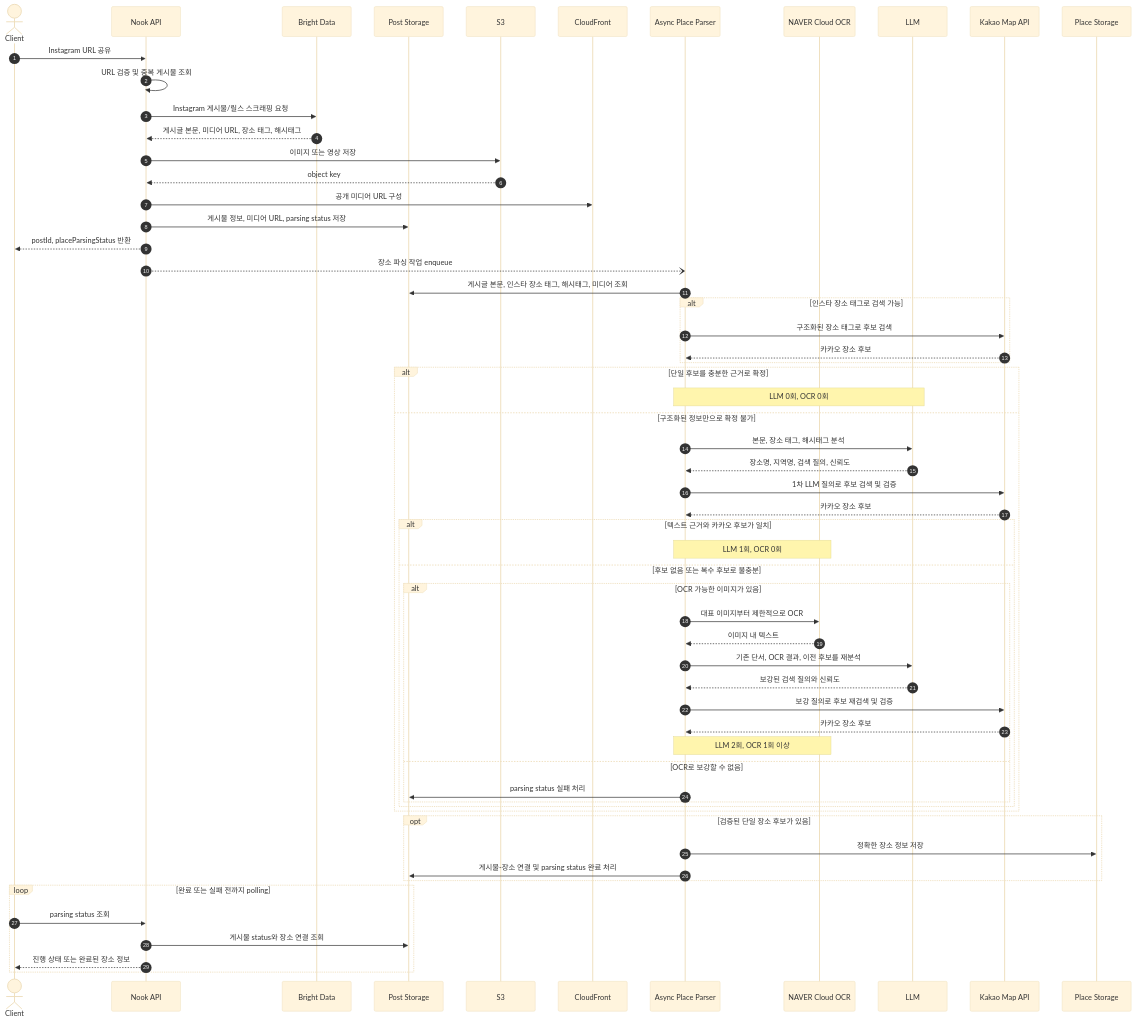
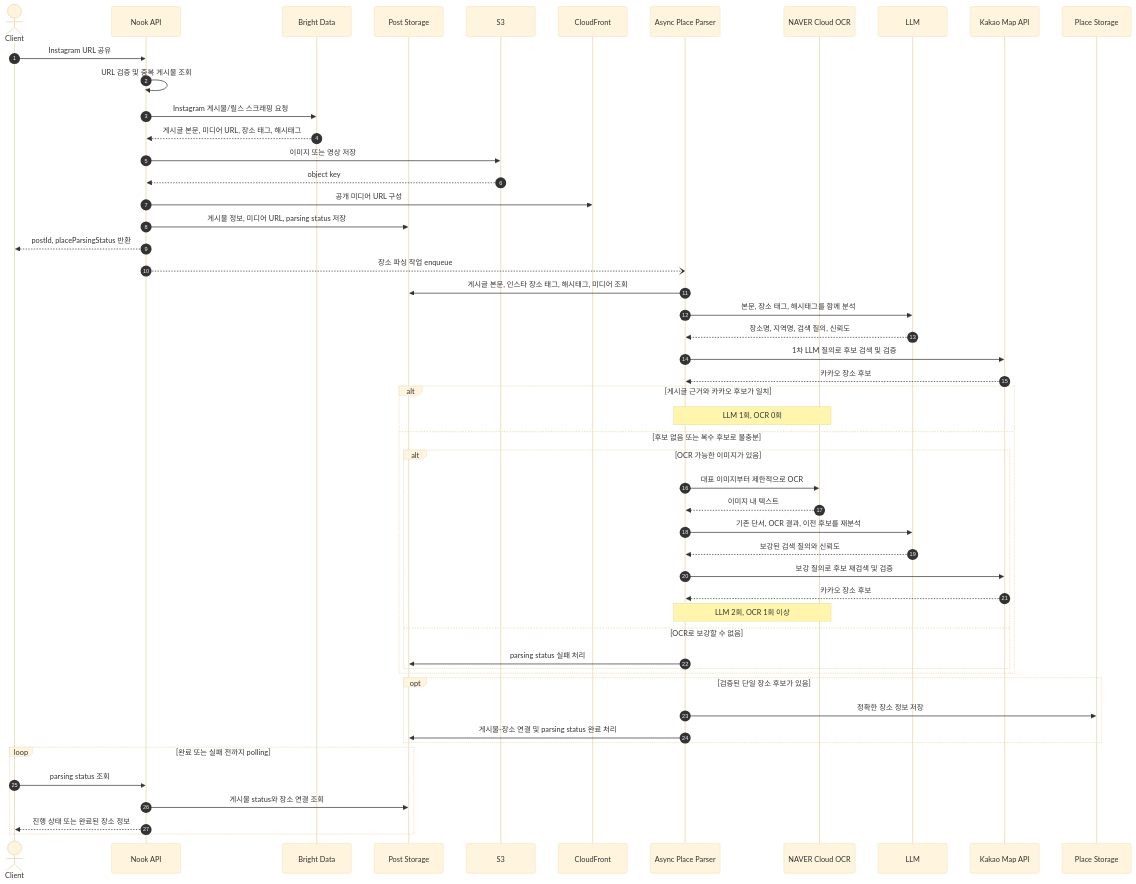
Before and after one commit to Nexters/nook-server: the diagram in docs/tasks/NOOK-17/README.md, drawn with Mermaid (base theme). The commit also changed other lines of this file, not shown here.

Commit message:
[NOOK-17] 장소 태그와 게시글 교차검증 반영

````diff
--- a/docs/tasks/NOOK-17/README.md
+++ b/docs/tasks/NOOK-17/README.md
@@ -31,68 +31,59 @@
 ```mermaid
 sequenceDiagram
     autonumber
     actor Client
     participant API as Nook API
     participant BrightData as Bright Data
     participant PostStore as Post Storage
     participant ObjectStore as S3
     participant CDN as CloudFront
     participant Parser as Async Place Parser
     participant OCR as NAVER Cloud OCR
     participant LLM as LLM
     participant Kakao as Kakao Map API
     participant PlaceStore as Place Storage
 
     Client->>API: Instagram URL 공유
     API->>API: URL 검증 및 중복 게시물 조회
     API->>BrightData: Instagram 게시물/릴스 스크래핑 요청
     BrightData-->>API: 게시글 본문, 미디어 URL, 장소 태그, 해시태그
     API->>ObjectStore: 이미지 또는 영상 저장
     ObjectStore-->>API: object key
     API->>CDN: 공개 미디어 URL 구성
     API->>PostStore: 게시물 정보, 미디어 URL, parsing status 저장
     API-->>Client: postId, placeParsingStatus 반환
 
     API--)Parser: 장소 파싱 작업 enqueue
     Parser->>PostStore: 게시글 본문, 인스타 장소 태그, 해시태그, 미디어 조회
-    alt 인스타 장소 태그로 검색 가능
-        Parser->>Kakao: 구조화된 장소 태그로 후보 검색
-        Kakao-->>Parser: 카카오 장소 후보
-    end
+    Parser->>LLM: 본문, 장소 태그, 해시태그를 함께 분석
+    LLM-->>Parser: 장소명, 지역명, 검색 질의, 신뢰도
+    Parser->>Kakao: 1차 LLM 질의로 후보 검색 및 검증
+    Kakao-->>Parser: 카카오 장소 후보
 
-    alt 단일 후보를 충분한 근거로 확정
-        Note over Parser,LLM: LLM 0회, OCR 0회
-    else 구조화된 정보만으로 확정 불가
-        Parser->>LLM: 본문, 장소 태그, 해시태그 분석
-        LLM-->>Parser: 장소명, 지역명, 검색 질의, 신뢰도
-        Parser->>Kakao: 1차 LLM 질의로 후보 검색 및 검증
-        Kakao-->>Parser: 카카오 장소 후보
-
-        alt 텍스트 근거와 카카오 후보가 일치
-            Note over Parser,OCR: LLM 1회, OCR 0회
-        else 후보 없음 또는 복수 후보로 불충분
-            alt OCR 가능한 이미지가 있음
-                Parser->>OCR: 대표 이미지부터 제한적으로 OCR
-                OCR-->>Parser: 이미지 내 텍스트
-                Parser->>LLM: 기존 단서, OCR 결과, 이전 후보를 재분석
-                LLM-->>Parser: 보강된 검색 질의와 신뢰도
-                Parser->>Kakao: 보강 질의로 후보 재검색 및 검증
-                Kakao-->>Parser: 카카오 장소 후보
-                Note over Parser,OCR: LLM 2회, OCR 1회 이상
-            else OCR로 보강할 수 없음
-                Parser->>PostStore: parsing status 실패 처리
-            end
+    alt 게시글 근거와 카카오 후보가 일치
+        Note over Parser,OCR: LLM 1회, OCR 0회
+    else 후보 없음 또는 복수 후보로 불충분
+        alt OCR 가능한 이미지가 있음
+            Parser->>OCR: 대표 이미지부터 제한적으로 OCR
+            OCR-->>Parser: 이미지 내 텍스트
+            Parser->>LLM: 기존 단서, OCR 결과, 이전 후보를 재분석
+            LLM-->>Parser: 보강된 검색 질의와 신뢰도
+            Parser->>Kakao: 보강 질의로 후보 재검색 및 검증
+            Kakao-->>Parser: 카카오 장소 후보
+            Note over Parser,OCR: LLM 2회, OCR 1회 이상
+        else OCR로 보강할 수 없음
+            Parser->>PostStore: parsing status 실패 처리
         end
     end
 
     opt 검증된 단일 장소 후보가 있음
         Parser->>PlaceStore: 정확한 장소 정보 저장
         Parser->>PostStore: 게시물-장소 연결 및 parsing status 완료 처리
     end
 
     loop 완료 또는 실패 전까지 polling
         Client->>API: parsing status 조회
         API->>PostStore: 게시물 status와 장소 연결 조회
         API-->>Client: 진행 상태 또는 완료된 장소 정보
     end
 ```
````
